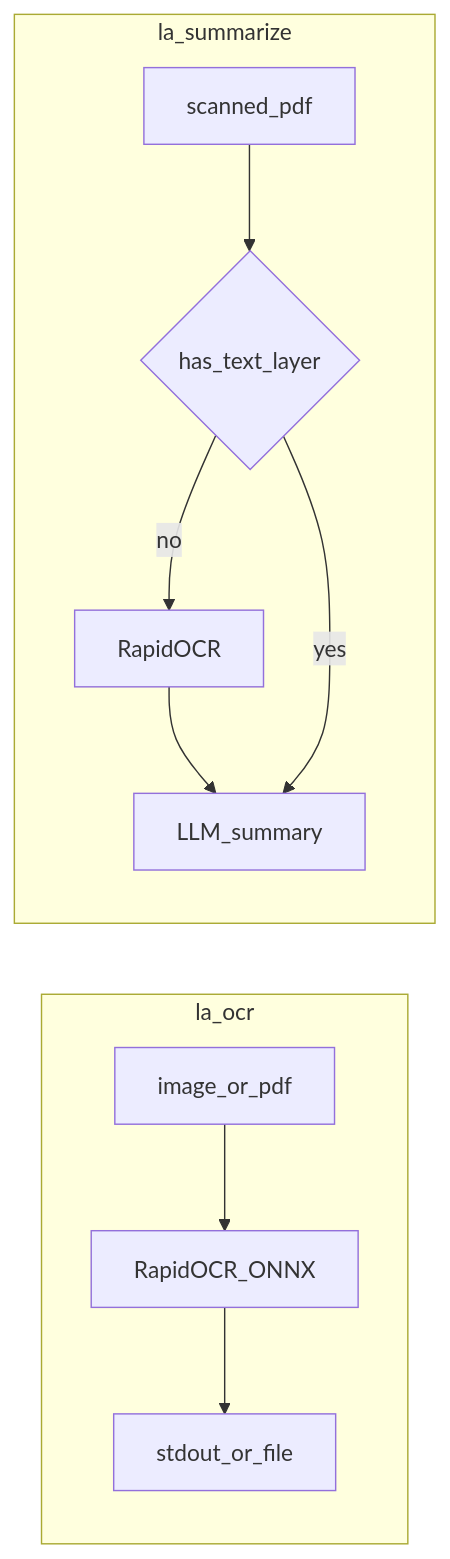
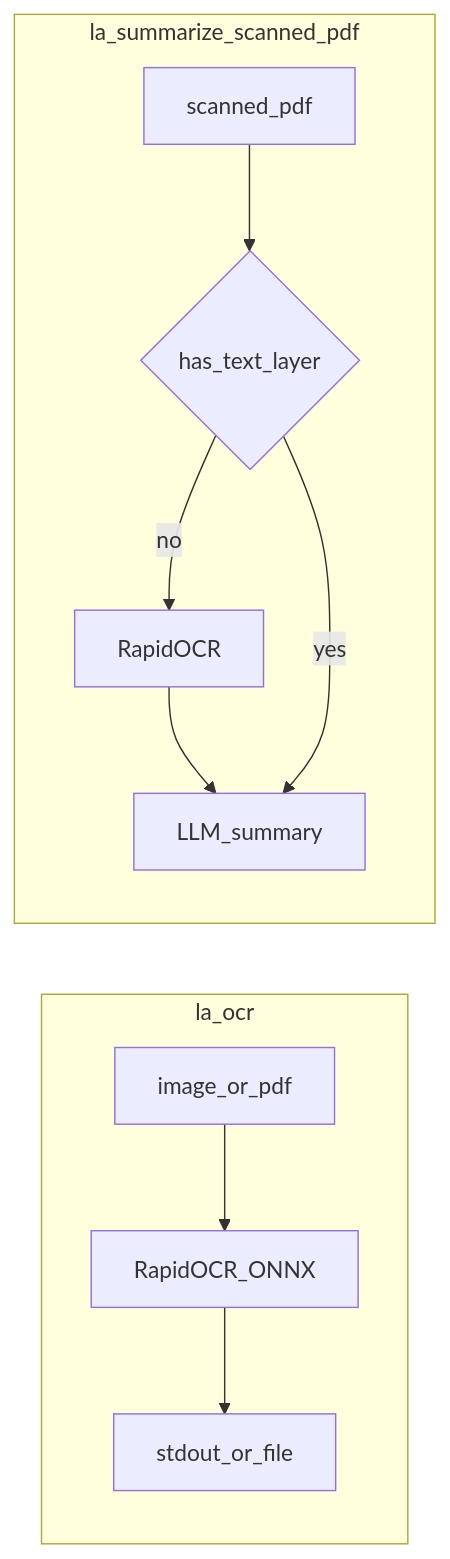
The third of 6 diagrams in docs/TDD.md (hezhenghui7338/localagent), drawn with Mermaid before and after one commit. The commit also changed other lines of this file and 29 other files, not shown here.

````diff
--- a/docs/TDD.md
+++ b/docs/TDD.md
@@ -146,13 +187,13 @@
 ```mermaid
 flowchart LR
   subgraph ocrCmd [la_ocr]
     Img[image_or_pdf] --> RapidOCR[RapidOCR_ONNX]
     RapidOCR --> TextOut[stdout_or_file]
   end
-  subgraph summarize [la_summarize]
+  subgraph summarizeOCR [la_summarize_scanned_pdf]
     Pdf[scanned_pdf] --> Detect{has_text_layer}
     Detect -->|no| RapidOCR2[RapidOCR]
     RapidOCR2 --> LLM[LLM_summary]
     Detect -->|yes| LLM
   end
 ```
````
